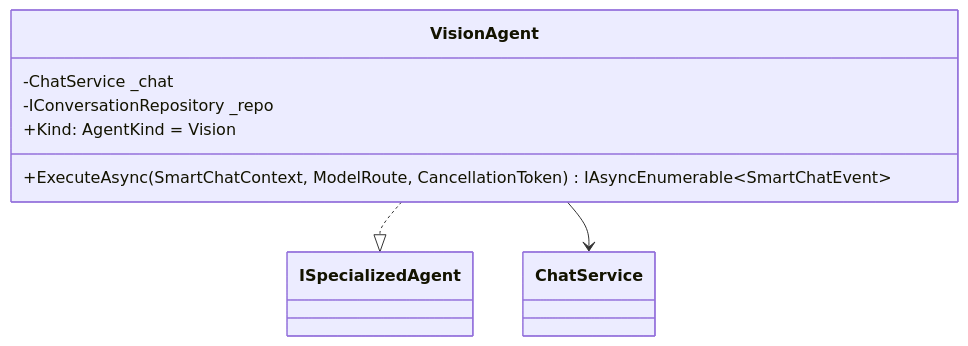
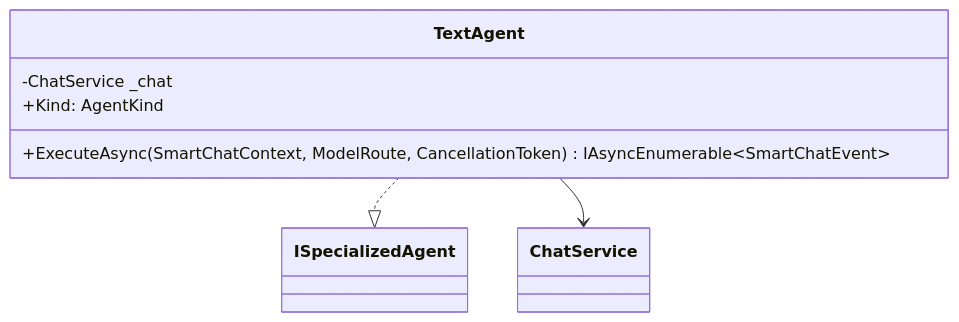
One commit to ekanatha-urivakili/EminentAiAgent changed the eighth of 19 diagrams in docs/AGENT_2_AGENT_ARCHITECTURE.md. Above: the diagram before and after it, drawn with Mermaid. The commit also changed other lines of this file and 58 other files, not shown here.

````diff
--- a/docs/AGENT_2_AGENT_ARCHITECTURE.md
+++ b/docs/AGENT_2_AGENT_ARCHITECTURE.md
@@ -720,12 +787,11 @@
 ```mermaid
 classDiagram
-    class VisionAgent {
+    class TextAgent {
         -ChatService _chat
-        -IConversationRepository _repo
-        +Kind: AgentKind = Vision
+        +Kind: AgentKind
         +ExecuteAsync(SmartChatContext, ModelRoute, CancellationToken) IAsyncEnumerable~SmartChatEvent~
     }
 
-    VisionAgent ..|> ISpecializedAgent
-    VisionAgent --> ChatService
+    TextAgent ..|> ISpecializedAgent
+    TextAgent --> ChatService
 ```
````
